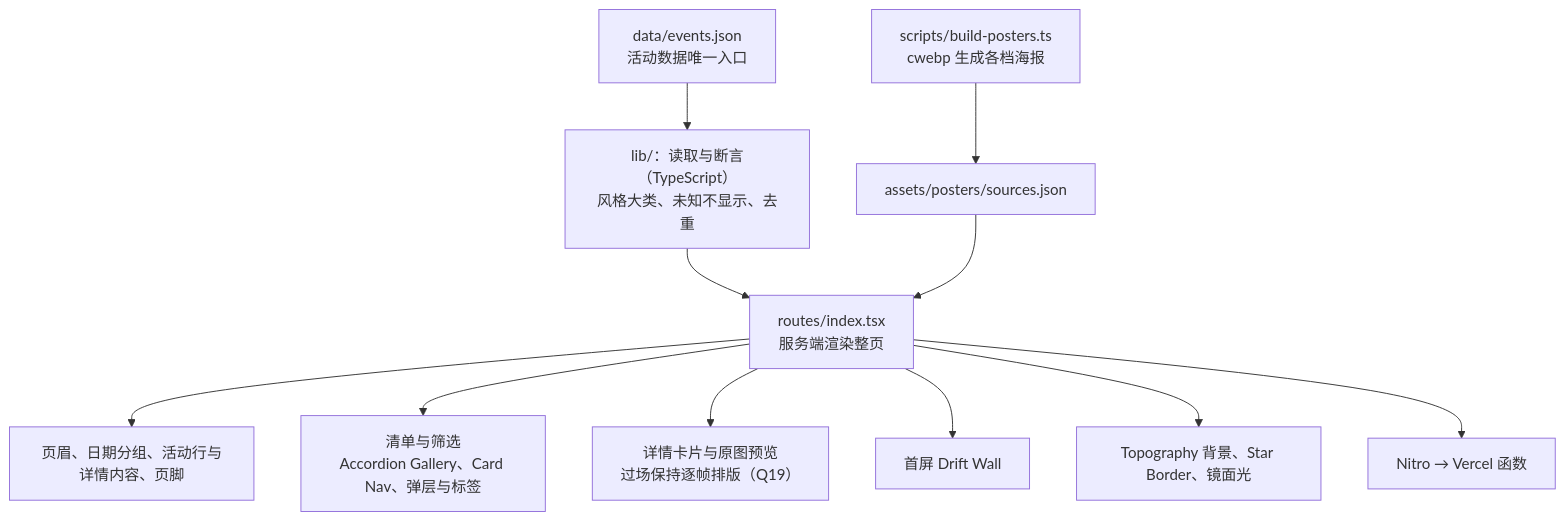
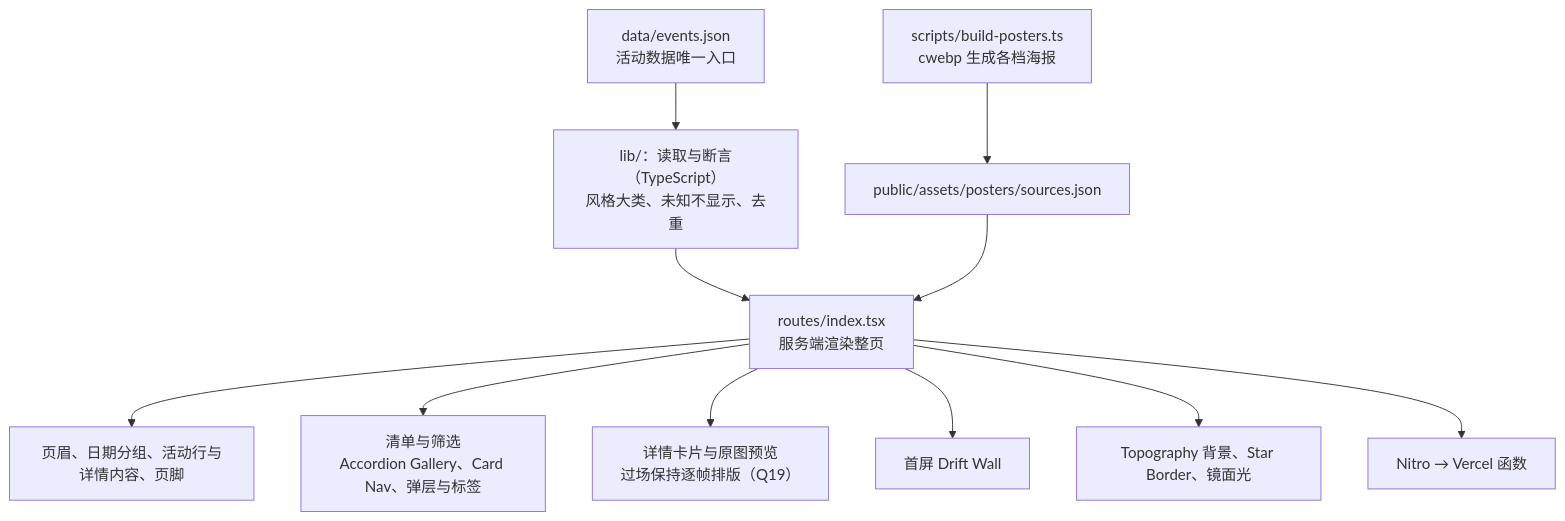
Before and after one commit to mossgowild/pages: the diagram in docs/site-rewrite.md, drawn with Mermaid. The commit also changed other lines of this file and 27 other files, not shown here.

````diff
--- a/docs/site-rewrite.md
+++ b/docs/site-rewrite.md
@@ -69,13 +83,13 @@
 ```mermaid
 flowchart TD
   data["data/events.json<br/>活动数据唯一入口"] --> lib["lib/：读取与断言（TypeScript）<br/>风格大类、未知不显示、去重"]
-  posters["scripts/build-posters.ts<br/>cwebp 生成各档海报"] --> manifest["assets/posters/sources.json"]
+  posters["scripts/build-posters.ts<br/>cwebp 生成各档海报"] --> manifest["public/assets/posters/sources.json"]
   lib --> route["routes/index.tsx<br/>服务端渲染整页"]
   manifest --> route
   route --> chrome["页眉、日期分组、活动行与详情内容、页脚"]
   route --> list["清单与筛选<br/>Accordion Gallery、Card Nav、弹层与标签"]
   route --> sheet["详情卡片与原图预览<br/>过场保持逐帧排版（Q19）"]
   route --> hero["首屏 Drift Wall"]
   route --> bg["Topography 背景、Star Border、镜面光"]
   route --> nitro["Nitro → Vercel 函数"]
 ```
````
